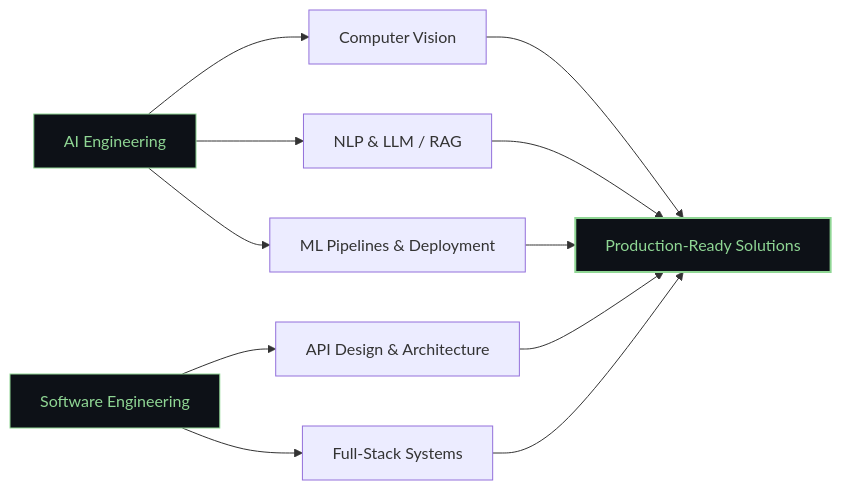
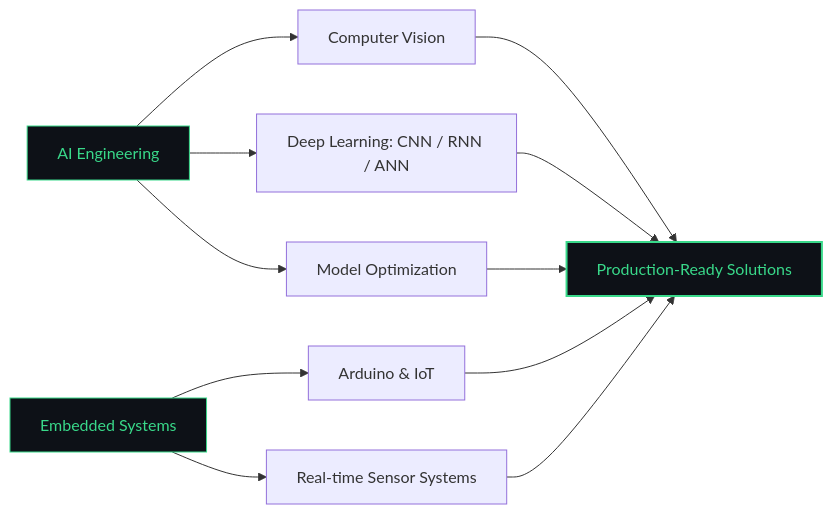
Before and after one commit to Omaryone1w1/Omaryone1w1: the diagram in README.md, drawn with Mermaid. The commit also changed other lines of this file, not shown here.

````diff
--- a/README.md
+++ b/README.md
@@ -29,16 +29,16 @@
 ```mermaid
 flowchart LR
     A[AI Engineering] --> B[Computer Vision]
-    A --> C[NLP & LLM / RAG]
-    A --> D[ML Pipelines & Deployment]
-    E[Software Engineering] --> F[API Design & Architecture]
-    E --> G[Full-Stack Systems]
+    A --> C[Deep Learning: CNN / RNN / ANN]
+    A --> D[Model Optimization]
+    E[Embedded Systems] --> F[Arduino & IoT]
+    E --> G[Real-time Sensor Systems]
     B --> H[Production-Ready Solutions]
     C --> H
     D --> H
     F --> H
     G --> H
-    style A fill:#0d1117,stroke:#8FD694,color:#8FD694
-    style E fill:#0d1117,stroke:#8FD694,color:#8FD694
-    style H fill:#0d1117,stroke:#8FD694,color:#8FD694,stroke-width:2px
+    style A fill:#0d1117,stroke:#39D98A,color:#39D98A
+    style E fill:#0d1117,stroke:#39D98A,color:#39D98A
+    style H fill:#0d1117,stroke:#39D98A,color:#39D98A,stroke-width:2px
 ```
````
